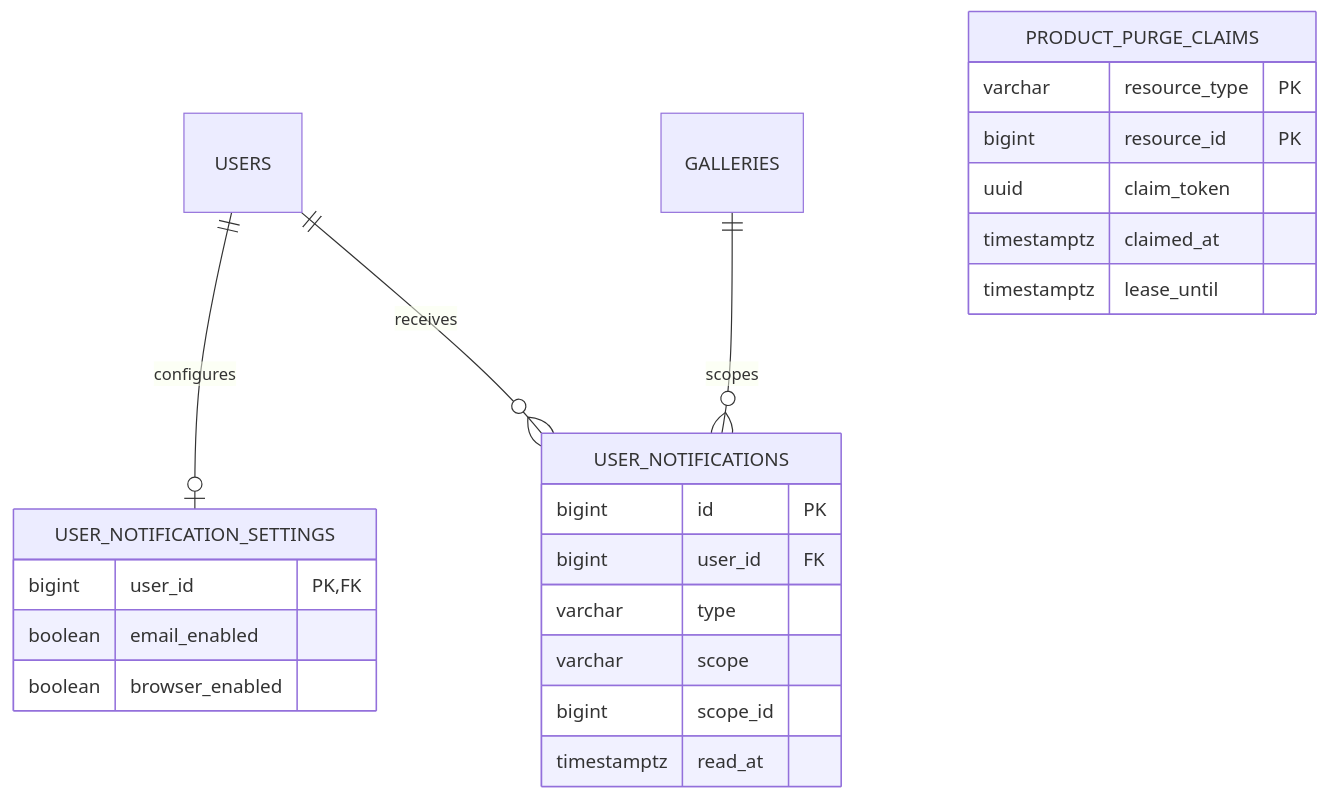
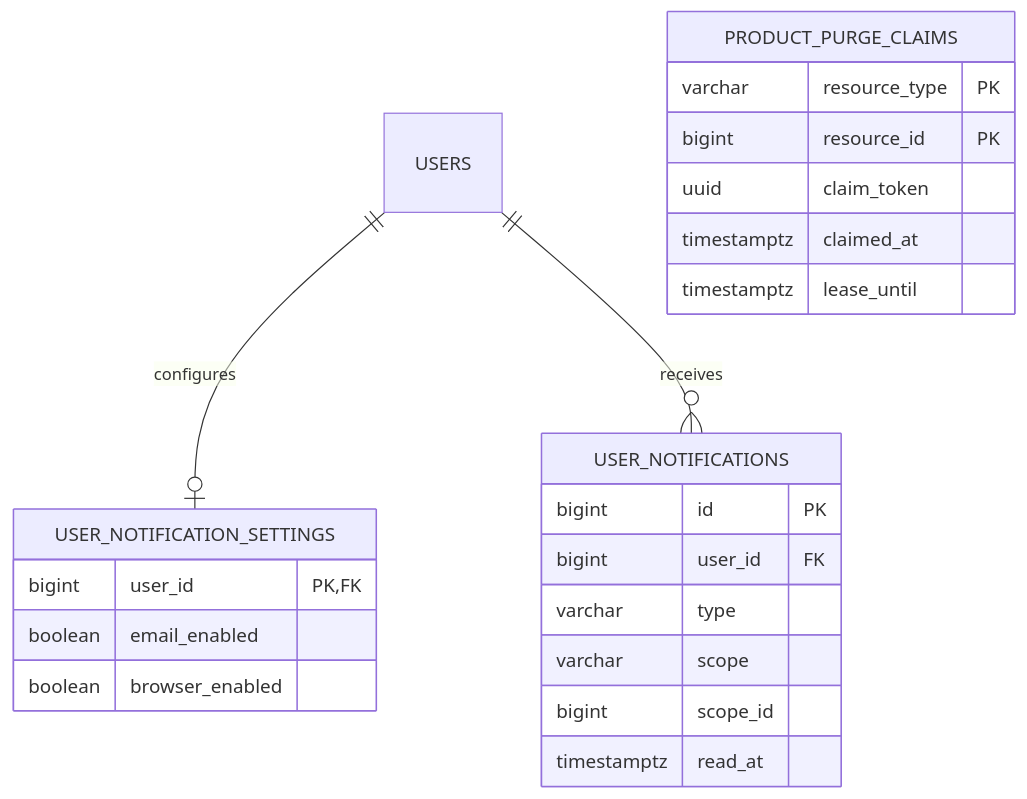
One commit to organic-agent/WES-DOCS changed the diagram in docs/data-model/lifecycle-notification.md. Above: the diagram before and after it, drawn with Mermaid. The commit also changed other lines of this file and 77 other files, not shown here.

````diff
--- a/docs/data-model/lifecycle-notification.md
+++ b/docs/data-model/lifecycle-notification.md
@@ -21,27 +21,26 @@
 ```mermaid
 erDiagram
     USERS ||--o| USER_NOTIFICATION_SETTINGS : configures
     USERS ||--o{ USER_NOTIFICATIONS : receives
-    GALLERIES ||--o{ USER_NOTIFICATIONS : scopes
 
     USER_NOTIFICATION_SETTINGS {
       bigint user_id PK,FK
       boolean email_enabled
       boolean browser_enabled
     }
     USER_NOTIFICATIONS {
       bigint id PK
       bigint user_id FK
       varchar type
       varchar scope
       bigint scope_id
       timestamptz read_at
     }
     PRODUCT_PURGE_CLAIMS {
       varchar resource_type PK
       bigint resource_id PK
       uuid claim_token
       timestamptz claimed_at
       timestamptz lease_until
     }
 ```
````
